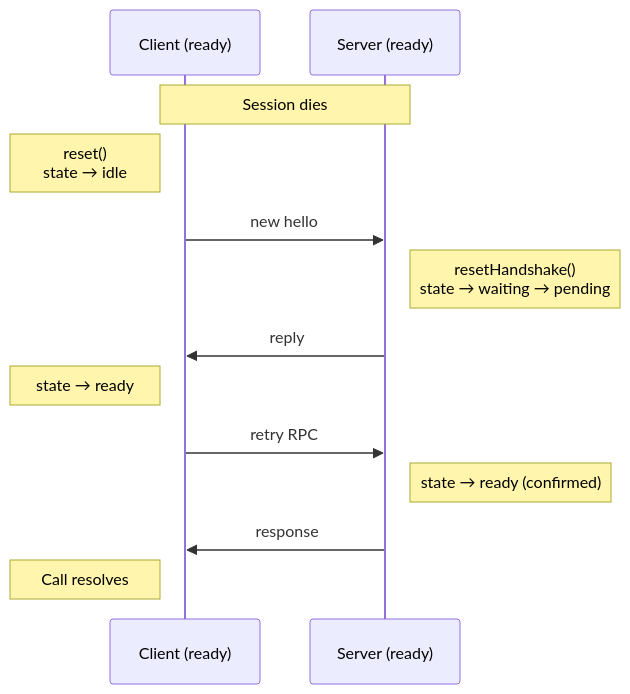
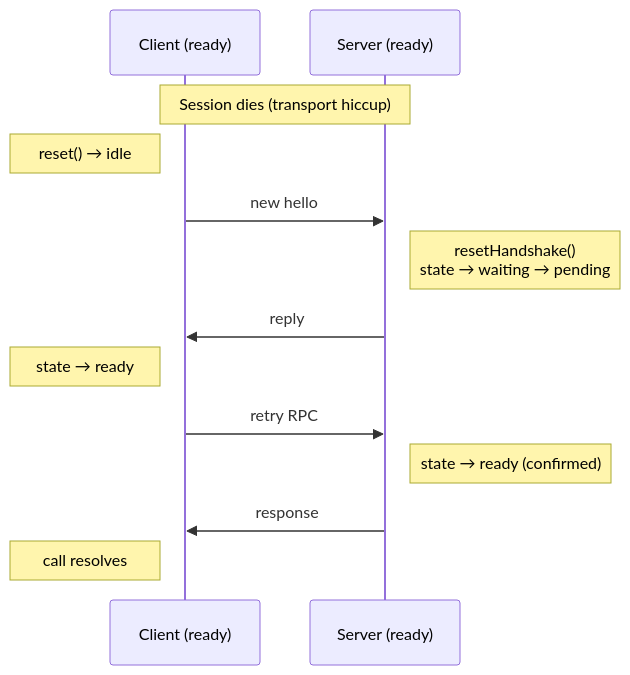
The second of 2 diagrams in spec/api.md (dotexorg/saferpc), drawn with Mermaid before and after one commit. The commit also changed other lines of this file and 15 other files, not shown here.

````diff
--- a/spec/api.md
+++ b/spec/api.md
@@ -176,21 +221,18 @@
 ```mermaid
 sequenceDiagram
     participant Client as Client (ready)
     participant Server as Server (ready)
 
-    Note over Client,Server: Session dies
+    Note over Client,Server: Session dies (transport hiccup)
 
-    Note left of Client: reset()<br/>state → idle
+    Note left of Client: reset() → idle
 
     Client->>Server: new hello
     Note right of Server: resetHandshake()<br/>state → waiting → pending
-
     Server->>Client: reply
     Note left of Client: state → ready
-
     Client->>Server: retry RPC
     Note right of Server: state → ready (confirmed)
-
     Server->>Client: response
-    Note left of Client: Call resolves
+    Note left of Client: call resolves
 ```
````
